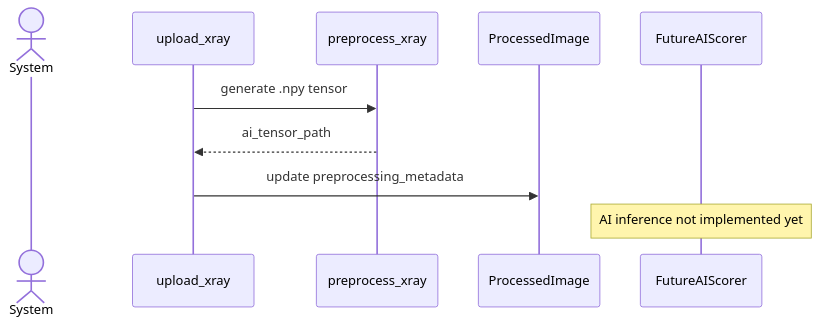
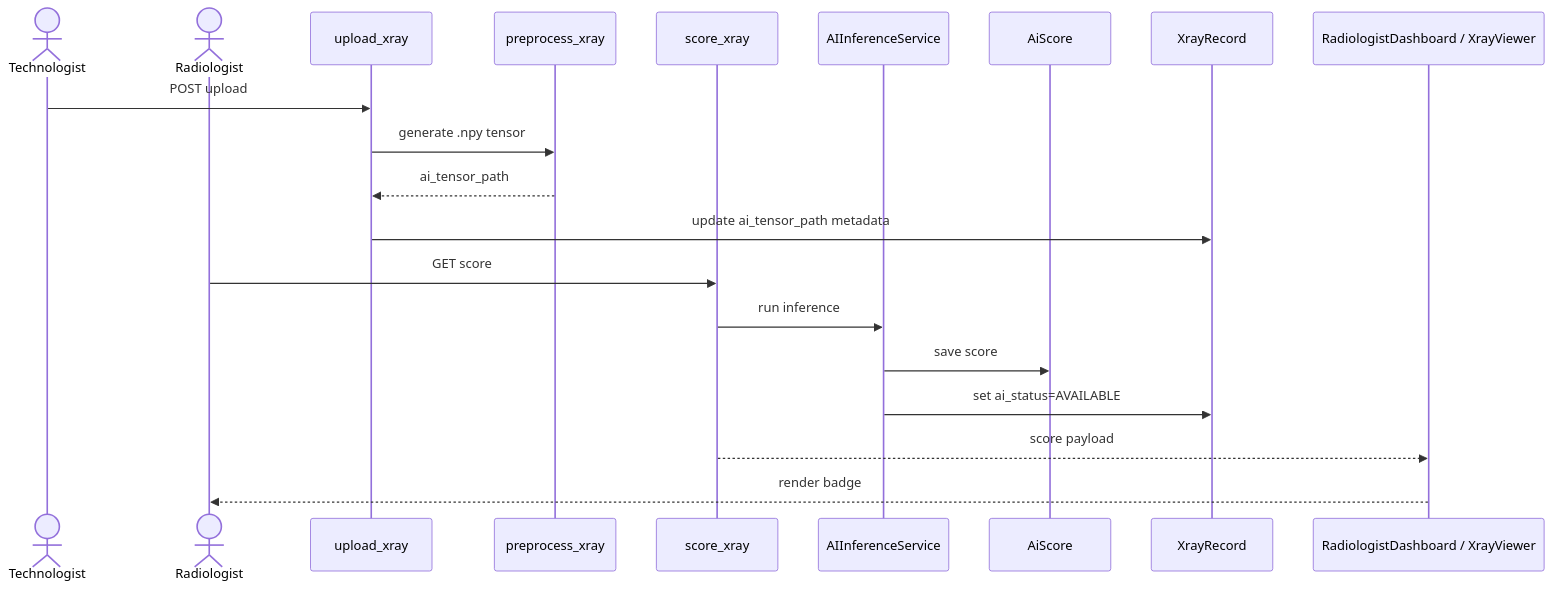
The diagram in documentation/sequence diagrams/3.1_Sequence Diagram.md (DymNomZ/TBXR), drawn with Mermaid before and after one commit. The commit also changed 24 other files, not shown here.

````diff
--- a/documentation/sequence diagrams/3.1_Sequence Diagram.md
+++ b/documentation/sequence diagrams/3.1_Sequence Diagram.md
@@ -1,13 +1,24 @@
 ```mermaid
 sequenceDiagram
-    actor System
+    actor Technologist
+    actor Radiologist
     participant API as upload_xray
     participant Pre as preprocess_xray
-    participant Proc as ProcessedImage
-    participant AIS as FutureAIScorer
+    participant ScoreAPI as score_xray
+    participant AI as AIInferenceService
+    participant DB as AiScore
+    participant Rec as XrayRecord
+    participant UI as RadiologistDashboard / XrayViewer
 
+    Technologist->>API: POST upload
     API->>Pre: generate .npy tensor
     Pre-->>API: ai_tensor_path
-    API->>Proc: update preprocessing_metadata
-    Note over AIS: AI inference not implemented yet
+    API->>Rec: update ai_tensor_path metadata
+
+    Radiologist->>ScoreAPI: GET score
+    ScoreAPI->>AI: run inference
+    AI->>DB: save score
+    AI->>Rec: set ai_status=AVAILABLE
+    ScoreAPI-->>UI: score payload
+    UI-->>Radiologist: render badge
 ```
````
